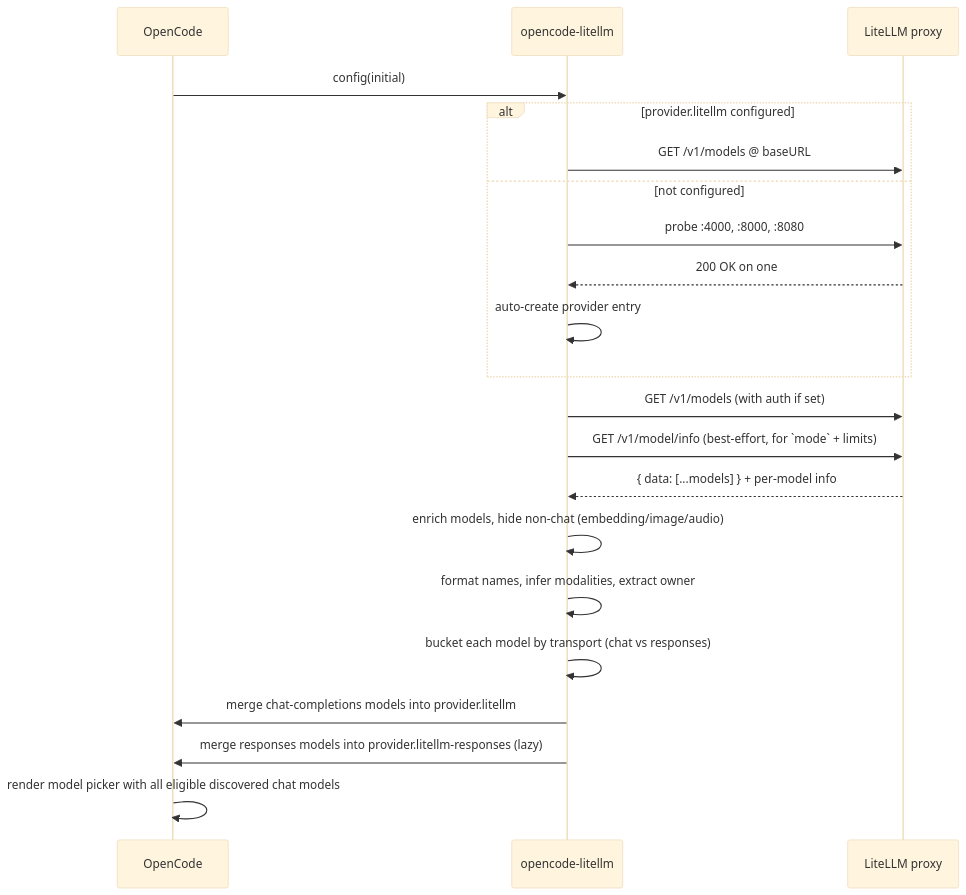
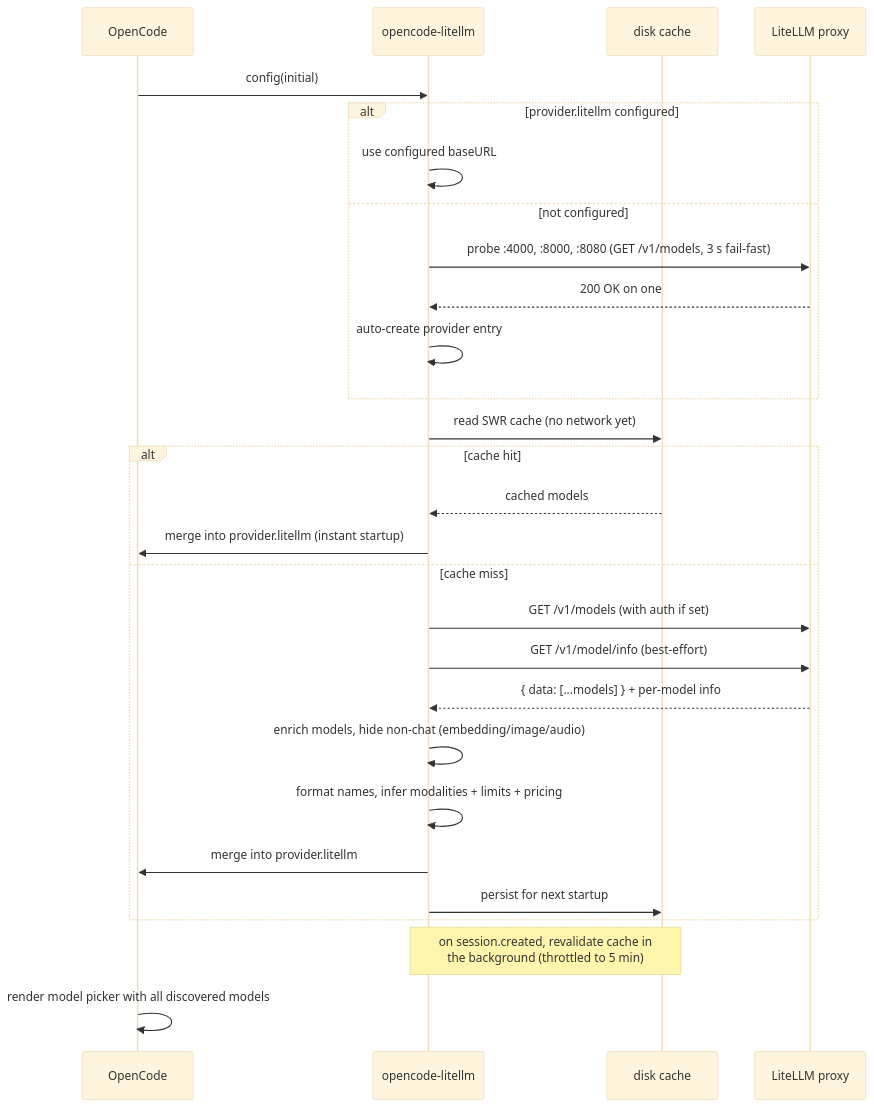
One commit to yuseferi/opencode-litellm changed the diagram in README.md. Above: the diagram before and after it, drawn with Mermaid (base theme). The commit also changed other lines of this file and 15 other files, not shown here.

````diff
--- a/README.md
+++ b/README.md
@@ -278,24 +240,31 @@
 ```mermaid
 sequenceDiagram
     participant OC as OpenCode
     participant Plugin as opencode-litellm
+    participant Cache as disk cache
     participant LL as LiteLLM proxy
 
     OC->>Plugin: config(initial)
     alt provider.litellm configured
-        Plugin->>LL: GET /v1/models @ baseURL
+        Plugin->>Plugin: use configured baseURL
     else not configured
-        Plugin->>LL: probe :4000, :8000, :8080
+        Plugin->>LL: probe :4000, :8000, :8080 (GET /v1/models, 3 s fail-fast)
         LL-->>Plugin: 200 OK on one
         Plugin->>Plugin: auto-create provider entry
     end
-    Plugin->>LL: GET /v1/models (with auth if set)
-    Plugin->>LL: GET /v1/model/info (best-effort, for `mode` + limits)
-    LL-->>Plugin: { data: [...models] } + per-model info
-    Plugin->>Plugin: enrich models, hide non-chat (embedding/image/audio)
-    Plugin->>Plugin: format names, infer modalities, extract owner
-    Plugin->>Plugin: bucket each model by transport (chat vs responses)
-    Plugin->>OC: merge chat-completions models into provider.litellm
-    Plugin->>OC: merge responses models into provider.litellm-responses (lazy)
-    OC->>OC: render model picker with all eligible discovered chat models
+    Plugin->>Cache: read SWR cache (no network yet)
+    alt cache hit
+        Cache-->>Plugin: cached models
+        Plugin->>OC: merge into provider.litellm (instant startup)
+    else cache miss
+        Plugin->>LL: GET /v1/models (with auth if set)
+        Plugin->>LL: GET /v1/model/info (best-effort)
+        LL-->>Plugin: { data: [...models] } + per-model info
+        Plugin->>Plugin: enrich models, hide non-chat (embedding/image/audio)
+        Plugin->>Plugin: format names, infer modalities + limits + pricing
+        Plugin->>OC: merge into provider.litellm
+        Plugin->>Cache: persist for next startup
+    end
+    Note over Plugin,Cache: on session.created, revalidate cache in<br/>the background (throttled to 5 min)
+    OC->>OC: render model picker with all discovered models
 ```
````
